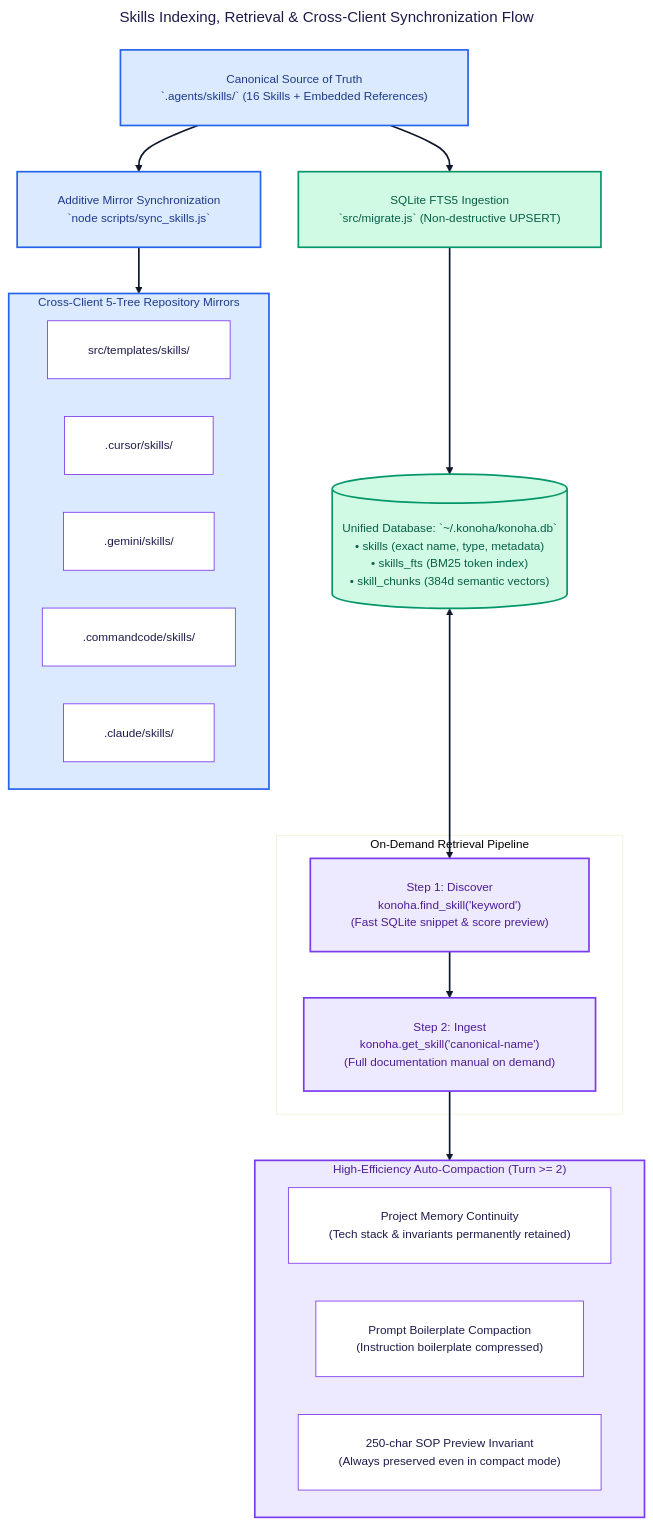
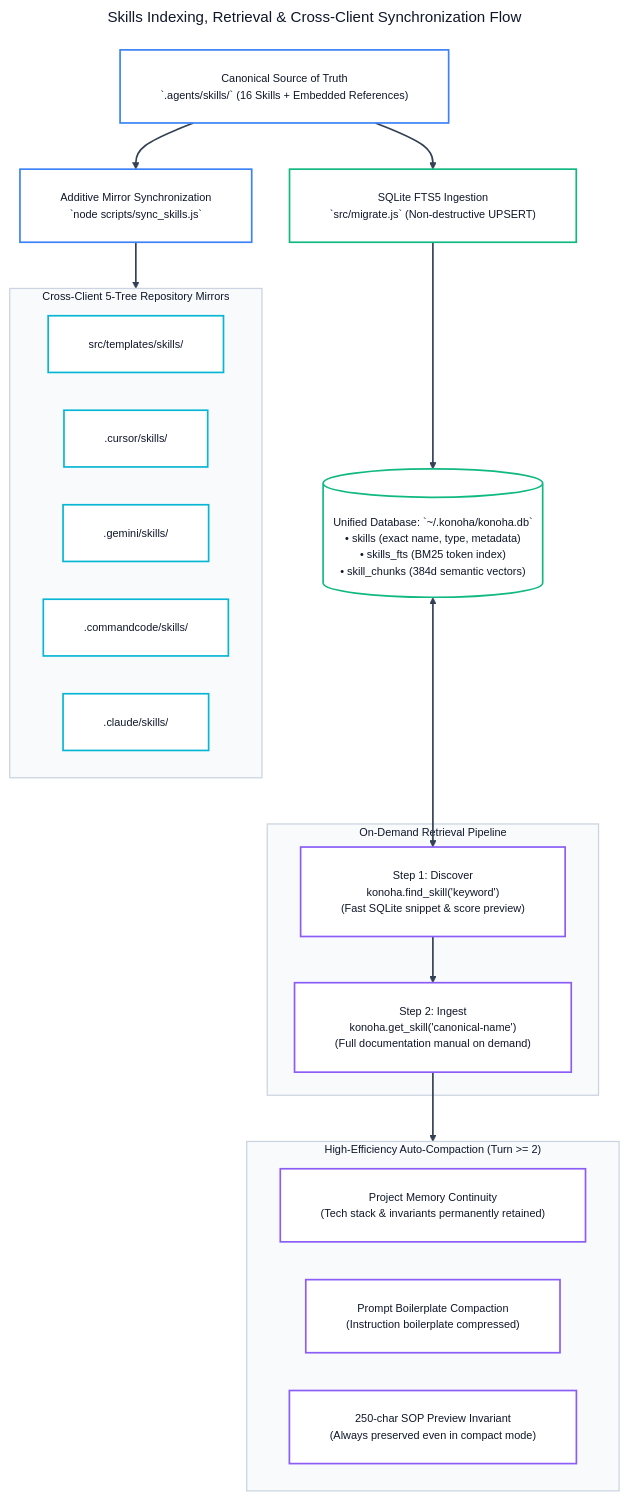
The eighth of 14 diagrams in docs/ALL-WORKFLOW-DIAGRAMS.md (andycungkrinx91/konoha), drawn with Mermaid before and after one commit. The commit also changed other lines of this file and 107 other files, not shown here.

````diff
--- a/docs/ALL-WORKFLOW-DIAGRAMS.md
+++ b/docs/ALL-WORKFLOW-DIAGRAMS.md
@@ -428,61 +483,71 @@
 ```mermaid
 ---
 title: Skills Indexing, Retrieval & Cross-Client Synchronization Flow
 config:
   theme: base
   themeVariables:
+    darkMode: false
     background: '#ffffff'
     mainBkg: '#ffffff'
-    primaryColor: '#ede9fe'
-    primaryTextColor: '#1e1b4b'
-    primaryBorderColor: '#7c3aed'
-    lineColor: '#0f172a'
-    arrowheadColor: '#0f172a'
-    fontFamily: 'Inter, system-ui, sans-serif'
-    fontSize: '14px'
+    primaryColor: '#ffffff'
+    primaryTextColor: '#0f172a'
+    primaryBorderColor: '#8b5cf6'
+    lineColor: '#334155'
+    arrowheadColor: '#334155'
+    secondaryColor: '#f8fafc'
+    tertiaryColor: '#ffffff'
+    fontFamily: 'Inter, system-ui, -apple-system, sans-serif'
+    fontSize: '13px'
   flowchart:
     nodeSpacing: 45
     rankSpacing: 55
     padding: 24
     wrappingWidth: 380
 ---
 flowchart TB
     SourceTree["Canonical Source of Truth<br/>`.agents/skills/` (16 Skills + Embedded References)"] --> SyncScript["Additive Mirror Synchronization<br/>`node scripts/sync_skills.js`"]
 
     subgraph MirrorTrees ["Cross-Client 5-Tree Repository Mirrors"]
         M1["src/templates/skills/"]
         M2[".cursor/skills/"]
         M3[".gemini/skills/"]
         M4[".commandcode/skills/"]
         M5[".claude/skills/"]
     end
 
     SyncScript --> MirrorTrees
 
     SourceTree --> FTS5Migrate["SQLite FTS5 Ingestion<br/>`src/migrate.js` (Non-destructive UPSERT)"]
     FTS5Migrate --> SQLiteDB[("Unified Database: `~/.konoha/konoha.db`<br/>• skills (exact name, type, metadata)<br/>• skills_fts (BM25 token index)<br/>• skill_chunks (384d semantic vectors)")]
 
     subgraph ClientQueries ["On-Demand Retrieval Pipeline"]
-        Find["Step 1: Discover<br/>konoha.find_skill('keyword')<br/>(Fast SQLite snippet & score preview)"]
+        Find["Step 1: Discover<br/>konoha.find_skill('keyword')<br/>(Fast SQLite snippet &amp; score preview)"]
         Load["Step 2: Ingest<br/>konoha.get_skill('canonical-name')<br/>(Full documentation manual on demand)"]
     end
 
     SQLiteDB <--> Find
     Find --> Load
 
     subgraph AutoCompaction ["High-Efficiency Auto-Compaction (Turn >= 2)"]
-        AC1["Project Memory Continuity<br/>(Tech stack & invariants permanently retained)"]
+        AC1["Project Memory Continuity<br/>(Tech stack &amp; invariants permanently retained)"]
         AC2["Prompt Boilerplate Compaction<br/>(Instruction boilerplate compressed)"]
         AC3["250-char SOP Preview Invariant<br/>(Always preserved even in compact mode)"]
     end
 
     Load --> AutoCompaction
 
-    linkStyle default stroke:#0f172a,stroke-width:2px;
-    classDef source fill:#dbeafe,stroke:#2563eb,color:#1e3a8a,stroke-width:2px;
-    classDef db fill:#d1fae5,stroke:#059669,color:#065f46,stroke-width:2px;
-    classDef retrieval fill:#ede9fe,stroke:#7c3aed,color:#4c1d95,stroke-width:2px;
-    class SourceTree,SyncScript,MirrorTrees source;
-    class FTS5Migrate,SQLiteDB db;
-    class Find,Load,AutoCompaction retrieval;
+    linkStyle default stroke:#334155,stroke-width:2px;
+    style MirrorTrees fill:#f8fafc,stroke:#cbd5e1,stroke-width:1.5px,color:#0f172a;
+    style ClientQueries fill:#f8fafc,stroke:#cbd5e1,stroke-width:1.5px,color:#0f172a;
+    style AutoCompaction fill:#f8fafc,stroke:#cbd5e1,stroke-width:1.5px,color:#0f172a;
+
+    classDef sourceNode fill:#ffffff,stroke:#3b82f6,color:#0f172a,stroke-width:2px;
+    classDef mirrorNode fill:#ffffff,stroke:#06b6d4,color:#0f172a,stroke-width:2px;
+    classDef dbNode fill:#ffffff,stroke:#10b981,color:#0f172a,stroke-width:2px;
+    classDef queryNode fill:#ffffff,stroke:#8b5cf6,color:#0f172a,stroke-width:2px;
+
+    class SourceTree,SyncScript sourceNode;
+    class M1,M2,M3,M4,M5 mirrorNode;
+    class FTS5Migrate,SQLiteDB dbNode;
+    class Find,Load,AC1,AC2,AC3 queryNode;
 ```
````
